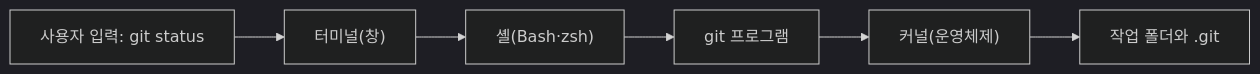
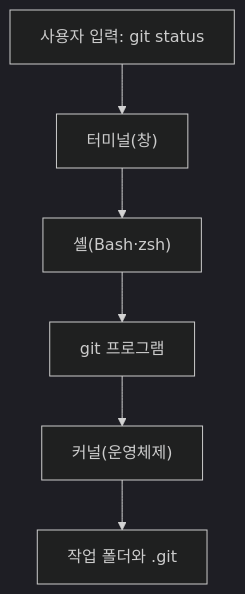
The diagram in docs/lecture/appendix/06-cli-terminal-shell.md (qus0in-factory/learn), drawn with Mermaid (dark theme) before and after one commit.

Commit message:
docs(learn): lay out the appendix 6 diagram vertically (#57)

````diff
--- a/docs/lecture/appendix/06-cli-terminal-shell.md
+++ b/docs/lecture/appendix/06-cli-terminal-shell.md
@@ -42,8 +42,8 @@
 ```mermaid
-flowchart LR
+flowchart TB
   A["사용자 입력: git status"] --> B["터미널(창)"]
   B --> C["셸(Bash·zsh)"]
   C --> D["git 프로그램"]
   D --> E["커널(운영체제)"]
   E --> F["작업 폴더와 .git"]
 ```
````
